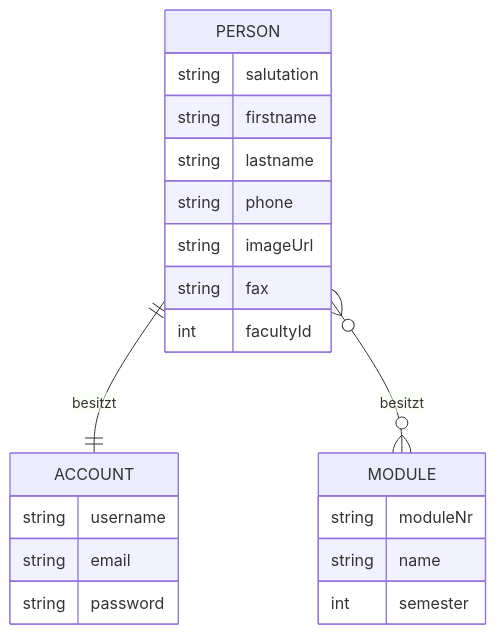
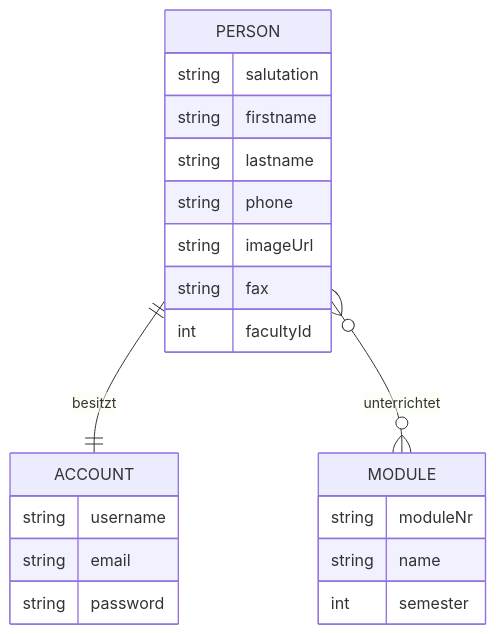
One commit to fh-erfurt/ss2022_team_1_service_7_persons changed the diagram in docs/documentation.md. Above: the diagram before and after it, drawn with Mermaid.

````diff
--- a/docs/documentation.md
+++ b/docs/documentation.md
@@ -39,24 +39,24 @@
 ```mermaid
 erDiagram
     PERSON ||--|| ACCOUNT : besitzt
-    PERSON }o--o{ MODULE : besitzt
+    PERSON }o--o{ MODULE : unterrichtet
     PERSON {
         string salutation
         string firstname
         string lastname
         string phone
         string imageUrl
         string fax
         int facultyId
     }
     ACCOUNT {
         string username
         string email
         string password
     }
     MODULE {
         string moduleNr
         string name
         int semester
     }
 ```
````
